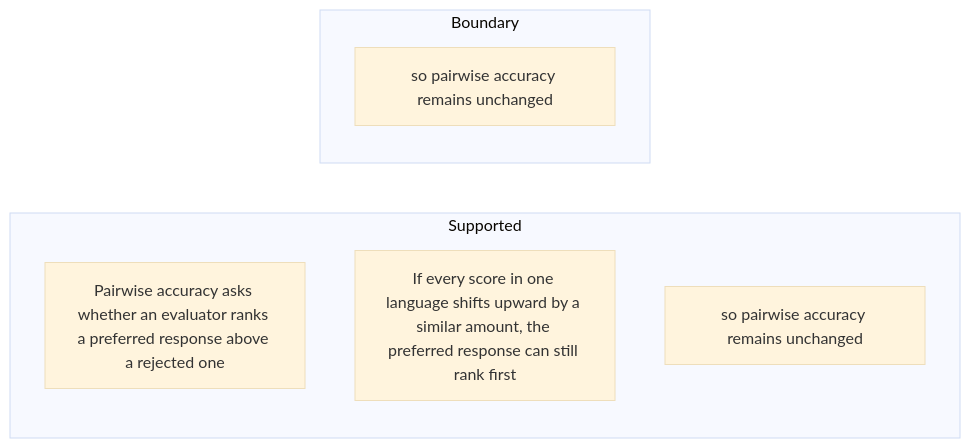
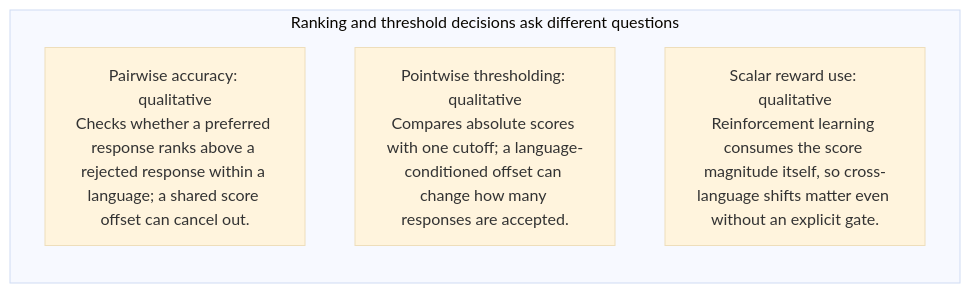
One commit to Betancourt1/paper_atlas changed the fourth of 48 diagrams in docs/visual-manifests/VISUAL_MANIFEST_LLM_EVALUATORS_LANGUAGES.md. Above: the diagram before and after it, drawn with Mermaid (base theme). The commit also changed other lines of this file and 7 other files, not shown here.

````diff
--- a/docs/visual-manifests/VISUAL_MANIFEST_LLM_EVALUATORS_LANGUAGES.md
+++ b/docs/visual-manifests/VISUAL_MANIFEST_LLM_EVALUATORS_LANGUAGES.md
@@ -202,11 +301,8 @@
 ```mermaid
 flowchart LR
-  subgraph Supported
-    a1["Pairwise accuracy asks whether an evaluator ranks a preferred response above a rejected one"]
-    a2["If every score in one language shifts upward by a similar amount, the preferred response can still rank first"]
-    a3["so pairwise accuracy remains unchanged"]
-  end
-  subgraph Boundary
-    b1["so pairwise accuracy remains unchanged"]
+  subgraph p1["Ranking and threshold decisions ask different questions"]
+    p1r1["Pairwise accuracy: qualitative<br/>Checks whether a preferred response ranks above a rejected response within a language; a shared score offset can cancel out."]
+    p1r2["Pointwise thresholding: qualitative<br/>Compares absolute scores with one cutoff; a language-conditioned offset can change how many responses are accepted."]
+    p1r3["Scalar reward use: qualitative<br/>Reinforcement learning consumes the score magnitude itself, so cross-language shifts matter even without an explicit gate."]
   end
 ```
````
